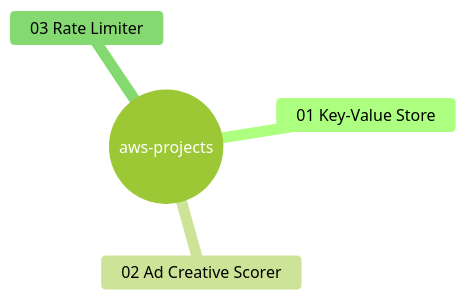
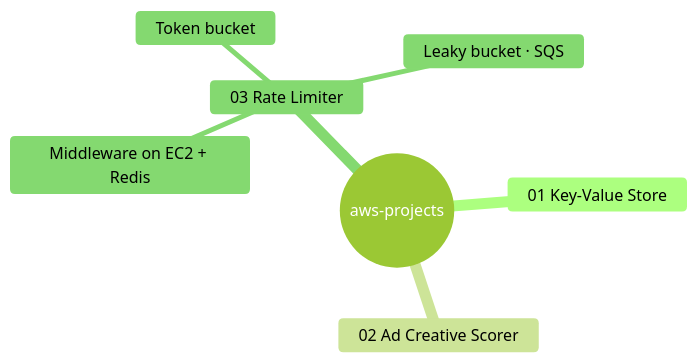
The first of 3 diagrams in README.md (TareDevarsh/AWS-cloudformation-projects), drawn with Mermaid (forest theme) before and after one commit.

Commit message:
README: mindmap adds rate limiter architecture and algorithms

````diff
--- a/README.md
+++ b/README.md
@@ -47,7 +47,10 @@
 ```mermaid
 mindmap
   root((aws-projects))
     01 Key-Value Store
     02 Ad Creative Scorer
     03 Rate Limiter
+      Middleware on EC2 + Redis
+      Token bucket
+      Leaky bucket · SQS
 ```
````
